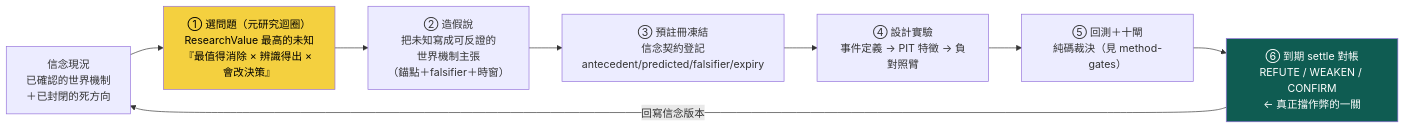
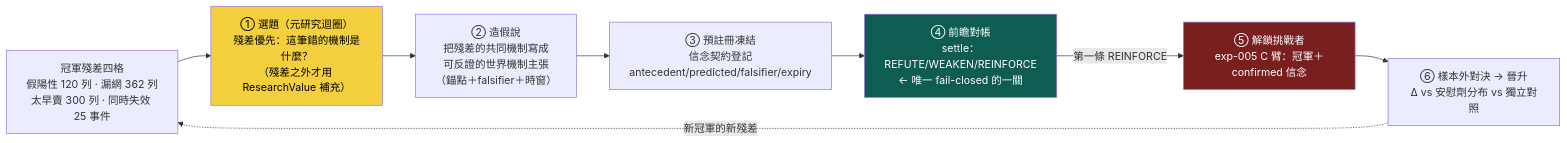
The diagram in hypothesis-engine.md (Baboonbrother/alpha-evolution-wiki), drawn with Mermaid before and after one commit. The commit also changed other lines of this file and 32 other files, not shown here.

````diff
--- a/hypothesis-engine.md
+++ b/hypothesis-engine.md
@@ -11,12 +15,13 @@
 ```mermaid
 flowchart LR
-    B["信念現況<br/>已確認的世界機制<br/>＋已封閉的死方向"] --> Q["① 選問題（元研究迴圈）<br/>ResearchValue 最高的未知<br/>『最值得消除 × 辨識得出 × 會改決策』"]
-    Q --> H["② 造假說<br/>把未知寫成可反證的<br/>世界機制主張<br/>（錨點＋falsifier＋時窗）"]
+    K["冠軍殘差四格<br/>假陽性 120 列 · 漏網 362 列<br/>太早賣 300 列 · 同時失效 25 事件"] --> Q["① 選題（元研究迴圈）<br/>殘差優先：這筆錯的機制是什麼？<br/>（殘差之外才用 ResearchValue 補充）"]
+    Q --> H["② 造假說<br/>把殘差的共同機制寫成<br/>可反證的世界機制主張<br/>（錨點＋falsifier＋時窗）"]
     H --> R["③ 預註冊凍結<br/>信念契約登記<br/>antecedent/predicted/falsifier/expiry"]
-    R --> D["④ 設計實驗<br/>事件定義 → PIT 特徵 → 負對照臂"]
-    D --> BT["⑤ 回測＋十閘<br/>純碼裁決（見 method-gates）"]
-    BT --> S["⑥ 到期 settle 對帳<br/>REFUTE / WEAKEN / CONFIRM<br/>← 真正擋作弊的一關"]
-    S -->|"回寫信念版本"| B
+    R --> D["④ 前瞻對帳<br/>settle：REFUTE/WEAKEN/REINFORCE<br/>← 唯一 fail-closed 的一關"]
+    D -->|"第一條 REINFORCE"| C["⑤ 解鎖挑戰者<br/>exp-005 C 臂：冠軍＋confirmed 信念"]
+    C --> B["⑥ 樣本外對決 → 晉升<br/>Δ vs 安慰劑分布 vs 獨立對照"]
+    B -.->|"新冠軍的新殘差"| K
     style Q fill:#f4d03f,color:#000
-    style S fill:#0f5c52,color:#fff
+    style D fill:#0f5c52,color:#fff
+    style C fill:#7a1f1f,color:#fff
 ```
````
